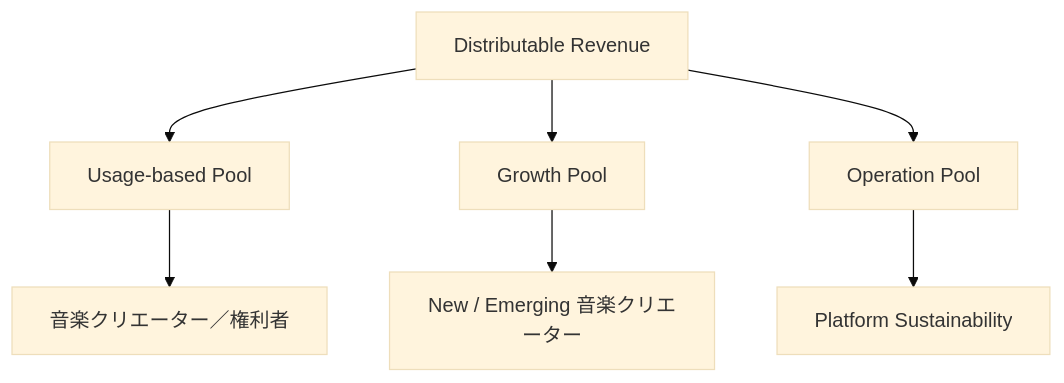
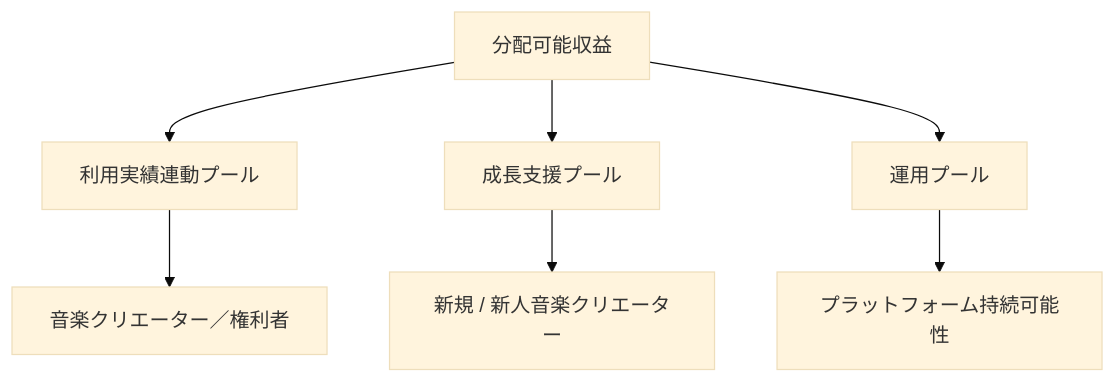
One commit to ShigeichiroYamasaki/creator-first-platform changed the tenth of 17 diagrams in docs/whitepaper/03-rights-and-money.md. Above: the diagram before and after it, drawn with Mermaid (base theme). The commit also changed other lines of this file and 72 other files, not shown here.

````diff
--- a/docs/whitepaper/03-rights-and-money.md
+++ b/docs/whitepaper/03-rights-and-money.md
@@ -252,10 +252,10 @@
 ```mermaid
 flowchart TD
-    REV[Distributable Revenue]
-    REV --> U[Usage-based Pool]
-    REV --> G[Growth Pool]
-    REV --> O[Operation Pool]
+    REV[分配可能収益]
+    REV --> U[利用実績連動プール]
+    REV --> G[成長支援プール]
+    REV --> O[運用プール]
     U --> RIGHTS[音楽クリエーター／権利者]
-    G --> NEW[New / Emerging 音楽クリエーター]
-    O --> PLATFORM[Platform Sustainability]
+    G --> NEW[新規 / 新人音楽クリエーター]
+    O --> PLATFORM[プラットフォーム持続可能性]
 ```
````
